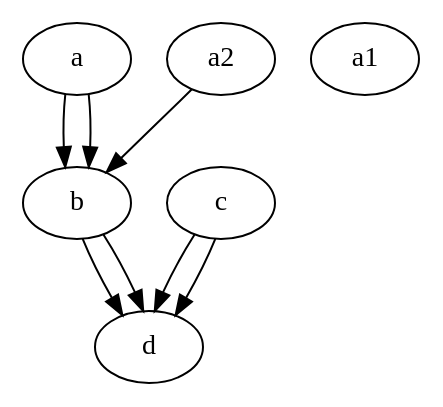
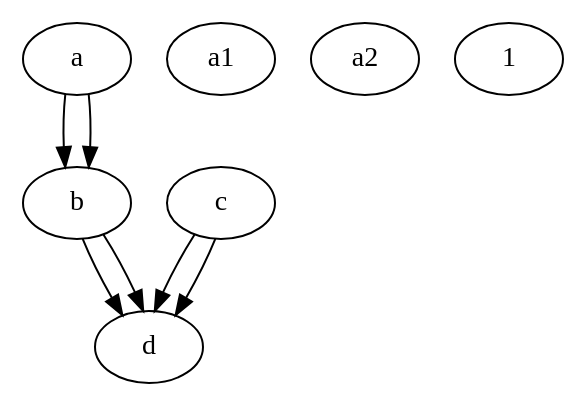
One commit to sisyphus1212/note changed the second of 2 diagrams in 虚拟化/vdpa.md. Above: the diagram before and after it, drawn with Graphviz.

Commit message:
auto_update

````diff
--- a/虚拟化/vdpa.md
+++ b/虚拟化/vdpa.md
@@ -272,65 +272,65 @@
 ```graphviz
 digraph first2{
 a;
 b;
 c;
 d;
 a1;
 a2,
-
-
-
-
-
-
-
-
-
-
-
-
-
-
-
-
-
-
-
-
-
-
-
-
-
-
-
-
-
-
-
-
-
-
-
-
-
-
-
-
-
-
-
-
-
-
-
-
-
+1
+1
+1
+1
+1
+1
+1
+1
+1
+1
+1
+1
+1
+1
+1
+1
+1
+1
+1
+1
+1
+1
+1
+1
+1
+1
+1
+1
+1
+1
+1
+1
+1
+1
+1
+1
+1
+1
+1
+1
+1
+1
+1
+1
+1
+1
+1
+1
+1
 a->b;
 b->d;
 c->d;
 a->b;
 b->d;
 c->d;
 }
 ```
````
